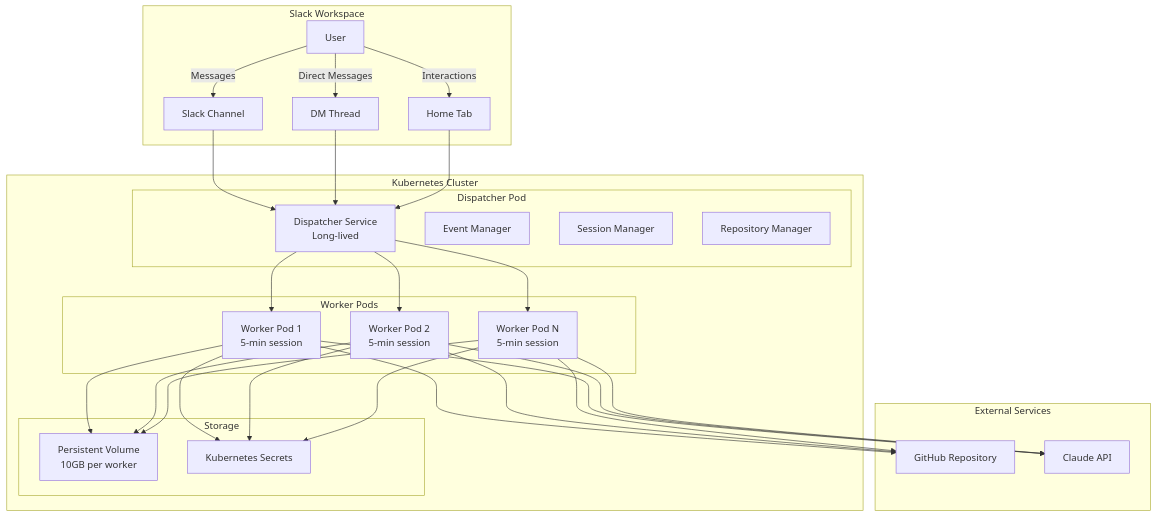
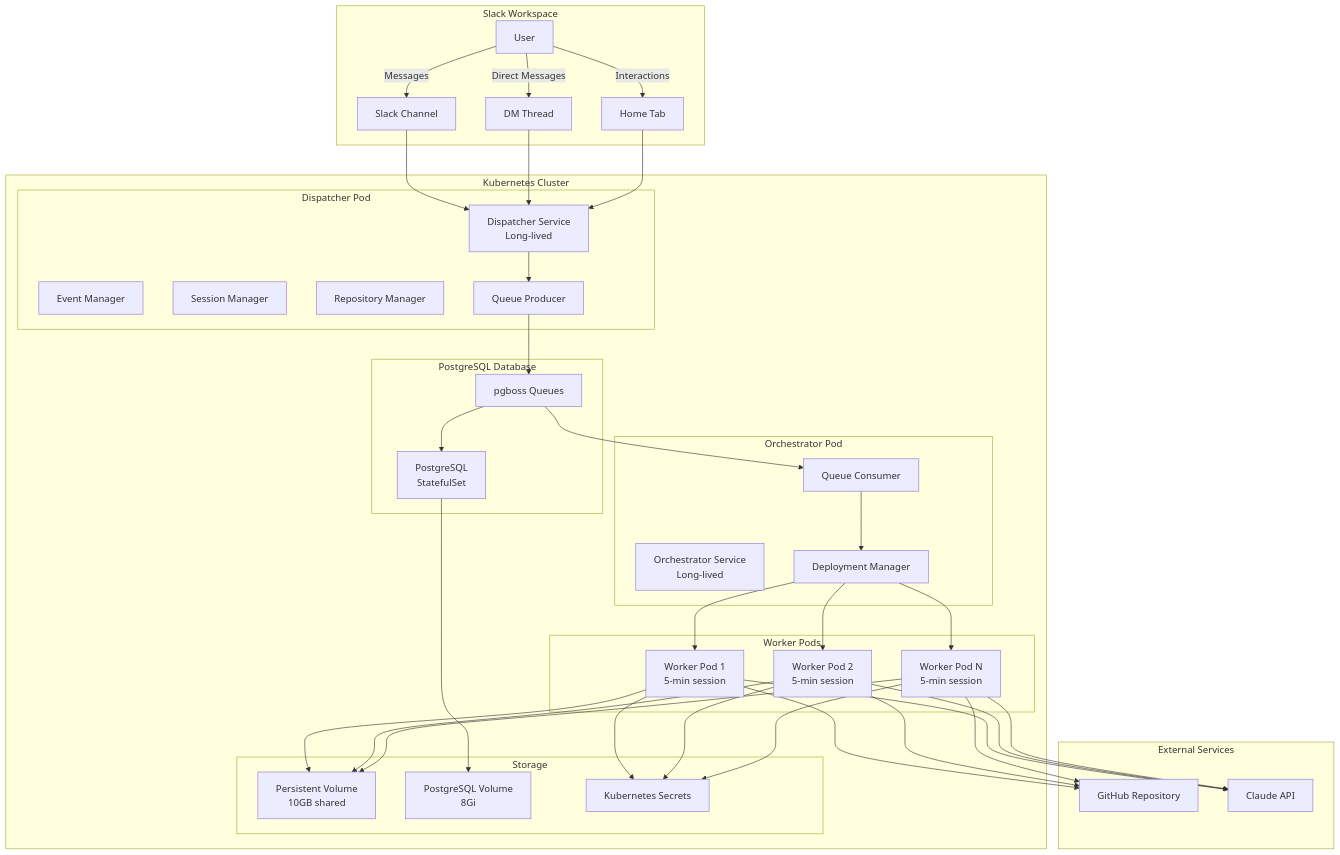
Before and after one commit to buremba/claude-code-slack: the first of 8 diagrams in ARCHITECTURE.md, drawn with Mermaid. The commit also changed other lines of this file and 28 other files, not shown here.

First line of the commit message:
feat: enhance architecture with PostgreSQL queue integration and orchestrator updates

````diff
--- a/ARCHITECTURE.md
+++ b/ARCHITECTURE.md
@@ -9,57 +9,77 @@
 ```mermaid
 graph TB
     subgraph SlackWorkspace[Slack Workspace]
         U[User] -->|"Messages"| SC[Slack Channel]
         U -->|"Direct Messages"| DM[DM Thread]
         U -->|"Interactions"| HT[Home Tab]
     end
 
     subgraph KubernetesCluster[Kubernetes Cluster]
         subgraph DispatcherPod[Dispatcher Pod]
             D[Dispatcher Service<br/>Long-lived]
             EM[Event Manager]
             SM[Session Manager]
             RM[Repository Manager]
+            QP[Queue Producer]
+        end
+
+        subgraph OrchestratorPod[Orchestrator Pod]
+            O[Orchestrator Service<br/>Long-lived]
+            QC[Queue Consumer]
+            DM_K8S[Deployment Manager]
+        end
+
+        subgraph PostgreSQLDB[PostgreSQL Database]
+            PG[PostgreSQL<br/>StatefulSet]
+            QB[pgboss Queues]
         end
 
         subgraph WorkerPods[Worker Pods]
             W1[Worker Pod 1<br/>5-min session]
             W2[Worker Pod 2<br/>5-min session]
             W3[Worker Pod N<br/>5-min session]
         end
 
         subgraph Storage[Storage]
-            PV[Persistent Volume<br/>10GB per worker]
+            PV[Persistent Volume<br/>10GB shared]
+            PG_PV[PostgreSQL Volume<br/>8Gi]
             S[Kubernetes Secrets]
         end
     end
 
     subgraph ExternalServices[External Services]
         GH[GitHub Repository]
         CC[Claude API]
     end
 
     SC --> D
     DM --> D
     HT --> D
     
-    D --> W1
-    D --> W2
-    D --> W3
+    D --> QP
+    QP --> QB
+    QB --> QC
+    QC --> DM_K8S
+    DM_K8S --> W1
+    DM_K8S --> W2
+    DM_K8S --> W3
+    
+    PG --> PG_PV
+    QB --> PG
     
     W1 --> PV
     W2 --> PV
     W3 --> PV
     
     W1 --> S
     W2 --> S
     W3 --> S
     
     W1 --> GH
     W2 --> GH
     W3 --> GH
     
     W1 --> CC
     W2 --> CC
     W3 --> CC
 ```
````
